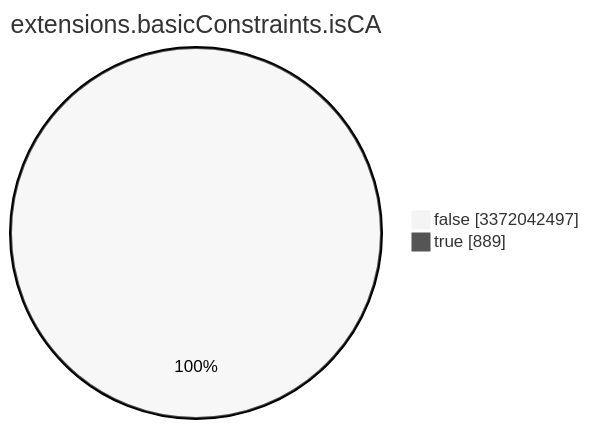
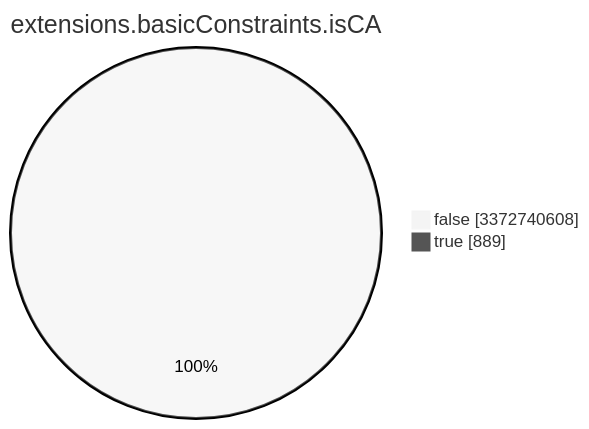
The seventh of 15 diagrams in TOTAL/README.md (christiankrug/ctmonitor_visualization), drawn with Mermaid (neutral theme) before and after one commit. The commit also changed other lines of this file, not shown here.

````diff
--- a/TOTAL/README.md
+++ b/TOTAL/README.md
@@ -3090,6 +3090,6 @@
 ```mermaid
 pie showData
 title extensions.basicConstraints.isCA
-"false" :3372042497
+"false" :3372740608
 "true" :889
 ```
````
